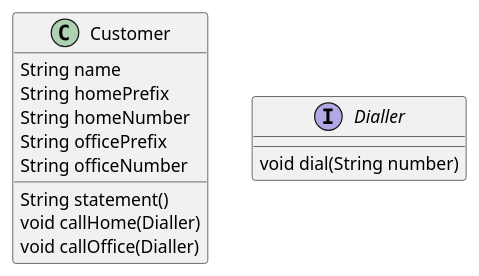
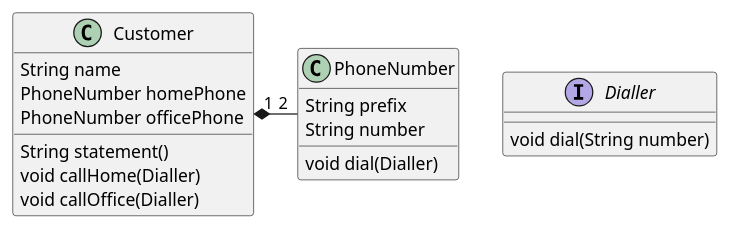
One commit to rony76/martin-fowler-example changed the diagram in src/main/resources/Customer.puml. Above: the diagram before and after it, drawn with PlantUML. The commit also changed 2 other files, not shown here.

```diff
--- a/src/main/resources/Customer.puml
+++ b/src/main/resources/Customer.puml
@@ -1,18 +1,25 @@
 @startuml
 
 class Customer {
     String name
-    String homePrefix
-    String homeNumber
-    String officePrefix
-    String officeNumber
+    PhoneNumber homePhone
+    PhoneNumber officePhone
 
     String statement()
     void callHome(Dialler)
     void callOffice(Dialler)
 }
 
+class PhoneNumber {
+    String prefix
+    String number
+
+    void dial(Dialler)
+}
+
 interface Dialler {
     void dial(String number)
 }
+
+Customer "1" *- "2" PhoneNumber
 @enduml
```
